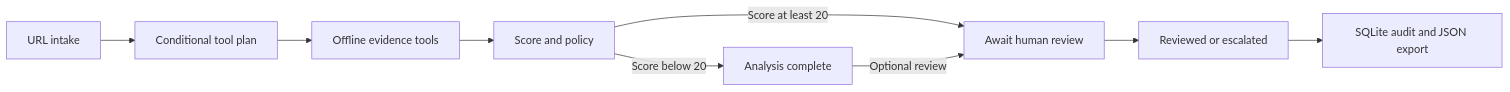
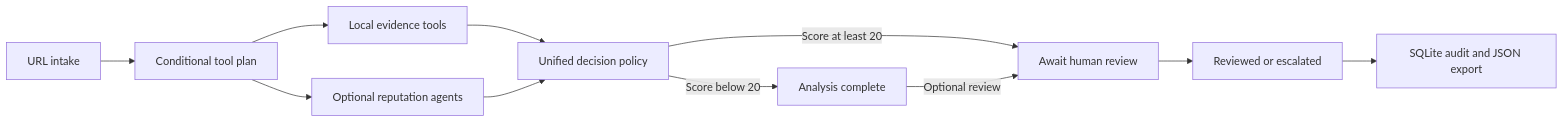
Before and after one commit to tpavan03/Phishing-Detection: the diagram in README.md, drawn with Mermaid. The commit also changed other lines of this file and 12 other files, not shown here.

Commit message:
feat: add optional reputation agent workflow

````diff
--- a/README.md
+++ b/README.md
@@ -37,11 +38,13 @@
 ```mermaid
 flowchart LR
   A[URL intake] --> B[Conditional tool plan]
-  B --> C[Offline evidence tools]
-  C --> D[Score and policy]
+  B --> C[Local evidence tools]
+  B --> I[Optional reputation agents]
+  C --> D[Unified decision policy]
+  I --> D
   D -->|Score at least 20| E[Await human review]
   D -->|Score below 20| F[Analysis complete]
   F -->|Optional review| E
   E --> G[Reviewed or escalated]
   G --> H[SQLite audit and JSON export]
 ```
````
